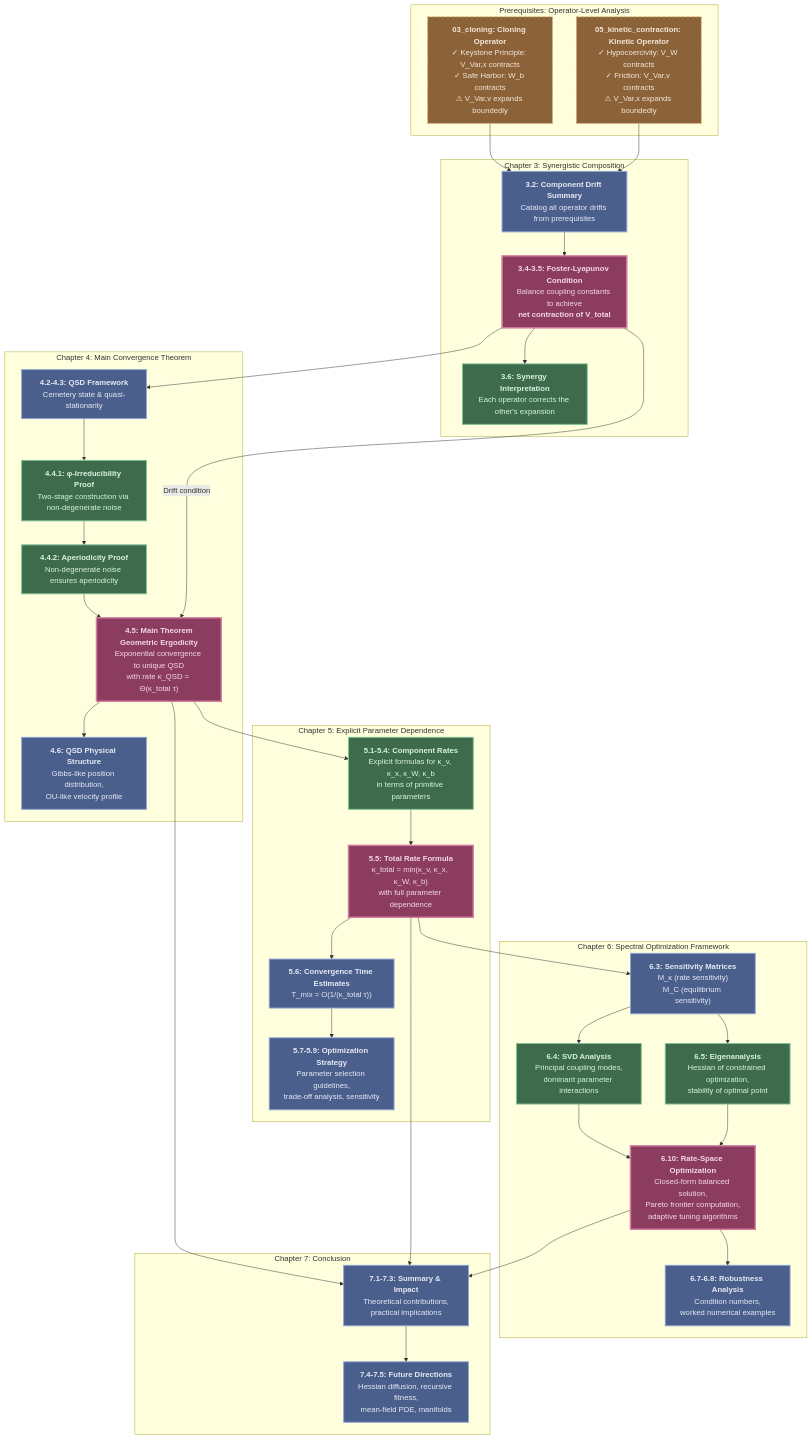
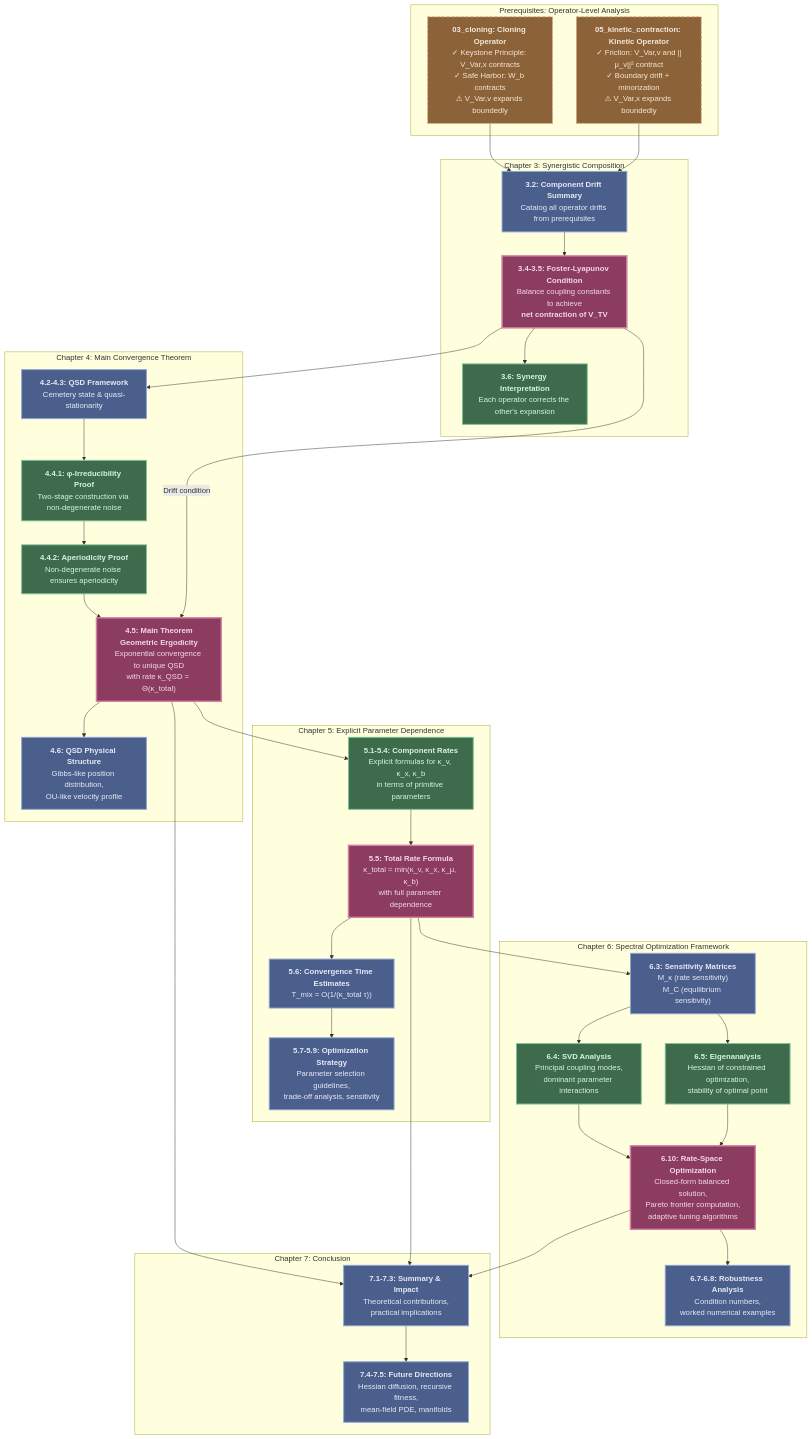
One commit to FragileTech/fragile changed the diagram in docs/source/3_fractal_gas/appendices/06_convergence.md. Above: the diagram before and after it, drawn with Mermaid. The commit also changed other lines of this file and 25 other files, not shown here.

````diff
--- a/docs/source/3_fractal_gas/appendices/06_convergence.md
+++ b/docs/source/3_fractal_gas/appendices/06_convergence.md
@@ -48,71 +54,71 @@
 ```{mermaid}
 graph TD
     subgraph "Prerequisites: Operator-Level Analysis"
         A["<b>03_cloning: Cloning Operator</b><br>✓ Keystone Principle: V_Var,x contracts<br>✓ Safe Harbor: W_b contracts<br>⚠ V_Var,v expands boundedly"]:::axiomStyle
-        B["<b>05_kinetic_contraction: Kinetic Operator</b><br>✓ Hypocoercivity: V_W contracts<br>✓ Friction: V_Var,v contracts<br>⚠ V_Var,x expands boundedly"]:::axiomStyle
+        B["<b>05_kinetic_contraction: Kinetic Operator</b><br>✓ Friction: V_Var,v and ||μ_v||² contract<br>✓ Boundary drift + minorization<br>⚠ V_Var,x expands boundedly"]:::axiomStyle
     end
 
     subgraph "Chapter 3: Synergistic Composition"
         C["<b>3.2: Component Drift Summary</b><br>Catalog all operator drifts from prerequisites"]:::stateStyle
-        D["<b>3.4-3.5: Foster-Lyapunov Condition</b><br>Balance coupling constants to achieve<br><b>net contraction of V_total</b>"]:::theoremStyle
+        D["<b>3.4-3.5: Foster-Lyapunov Condition</b><br>Balance coupling constants to achieve<br><b>net contraction of V_TV</b>"]:::theoremStyle
         E["<b>3.6: Synergy Interpretation</b><br>Each operator corrects the other's expansion"]:::lemmaStyle
     end
 
     subgraph "Chapter 4: Main Convergence Theorem"
         F["<b>4.2-4.3: QSD Framework</b><br>Cemetery state & quasi-stationarity"]:::stateStyle
         G["<b>4.4.1: φ-Irreducibility Proof</b><br>Two-stage construction via non-degenerate noise"]:::lemmaStyle
         H["<b>4.4.2: Aperiodicity Proof</b><br>Non-degenerate noise ensures aperiodicity"]:::lemmaStyle
-        I["<b>4.5: Main Theorem</b><br><b>Geometric Ergodicity</b><br>Exponential convergence to unique QSD<br>with rate κ_QSD = Θ(κ_total τ)"]:::theoremStyle
+        I["<b>4.5: Main Theorem</b><br><b>Geometric Ergodicity</b><br>Exponential convergence to unique QSD<br>with rate κ_QSD = Θ(κ_total)"]:::theoremStyle
         J["<b>4.6: QSD Physical Structure</b><br>Gibbs-like position distribution,<br>OU-like velocity profile"]:::stateStyle
     end
 
     subgraph "Chapter 5: Explicit Parameter Dependence"
-        K["<b>5.1-5.4: Component Rates</b><br>Explicit formulas for κ_v, κ_x, κ_W, κ_b<br>in terms of primitive parameters"]:::lemmaStyle
-        L["<b>5.5: Total Rate Formula</b><br>κ_total = min(κ_v, κ_x, κ_W, κ_b)<br>with full parameter dependence"]:::theoremStyle
+        K["<b>5.1-5.4: Component Rates</b><br>Explicit formulas for κ_v, κ_x, κ_b<br>in terms of primitive parameters"]:::lemmaStyle
+        L["<b>5.5: Total Rate Formula</b><br>κ_total = min(κ_v, κ_x, κ_μ, κ_b)<br>with full parameter dependence"]:::theoremStyle
         M["<b>5.6: Convergence Time Estimates</b><br>T_mix = O(1/(κ_total τ))"]:::stateStyle
         N["<b>5.7-5.9: Optimization Strategy</b><br>Parameter selection guidelines,<br>trade-off analysis, sensitivity"]:::stateStyle
     end
 
     subgraph "Chapter 6: Spectral Optimization Framework"
         O["<b>6.3: Sensitivity Matrices</b><br>M_κ (rate sensitivity)<br>M_C (equilibrium sensitivity)"]:::stateStyle
         P["<b>6.4: SVD Analysis</b><br>Principal coupling modes,<br>dominant parameter interactions"]:::lemmaStyle
         Q["<b>6.5: Eigenanalysis</b><br>Hessian of constrained optimization,<br>stability of optimal point"]:::lemmaStyle
         R["<b>6.10: Rate-Space Optimization</b><br>Closed-form balanced solution,<br>Pareto frontier computation,<br>adaptive tuning algorithms"]:::theoremStyle
         S["<b>6.7-6.8: Robustness Analysis</b><br>Condition numbers,<br>worked numerical examples"]:::stateStyle
     end
 
     subgraph "Chapter 7: Conclusion"
         T["<b>7.1-7.3: Summary & Impact</b><br>Theoretical contributions,<br>practical implications"]:::stateStyle
         U["<b>7.4-7.5: Future Directions</b><br>Hessian diffusion, recursive fitness,<br>mean-field PDE, manifolds"]:::stateStyle
     end
 
     A --> C
     B --> C
     C --> D
     D --> E
     D --> F
     F --> G
     G --> H
     H --> I
     D --"Drift condition"--> I
     I --> J
     I --> K
     K --> L
     L --> M
     M --> N
     L --> O
     O --> P
     O --> Q
     P --> R
     Q --> R
     R --> S
     I --> T
     L --> T
     R --> T
     T --> U
 
     classDef stateStyle fill:#4a5f8c,stroke:#8fa4d4,stroke-width:2px,color:#e8eaf6
     classDef axiomStyle fill:#8c6239,stroke:#d4a574,stroke-width:2px,stroke-dasharray: 5 5,color:#f4e8d8
     classDef lemmaStyle fill:#3d6b4b,stroke:#7fc296,stroke-width:2px,color:#d8f4e3
     classDef theoremStyle fill:#8c3d5f,stroke:#d47fa4,stroke-width:3px,color:#f4d8e8
 ```
````
